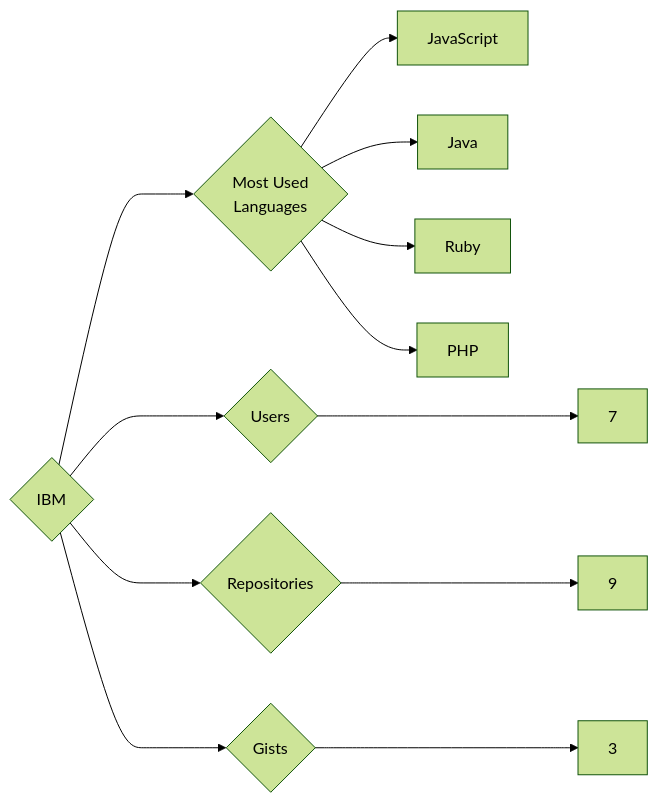
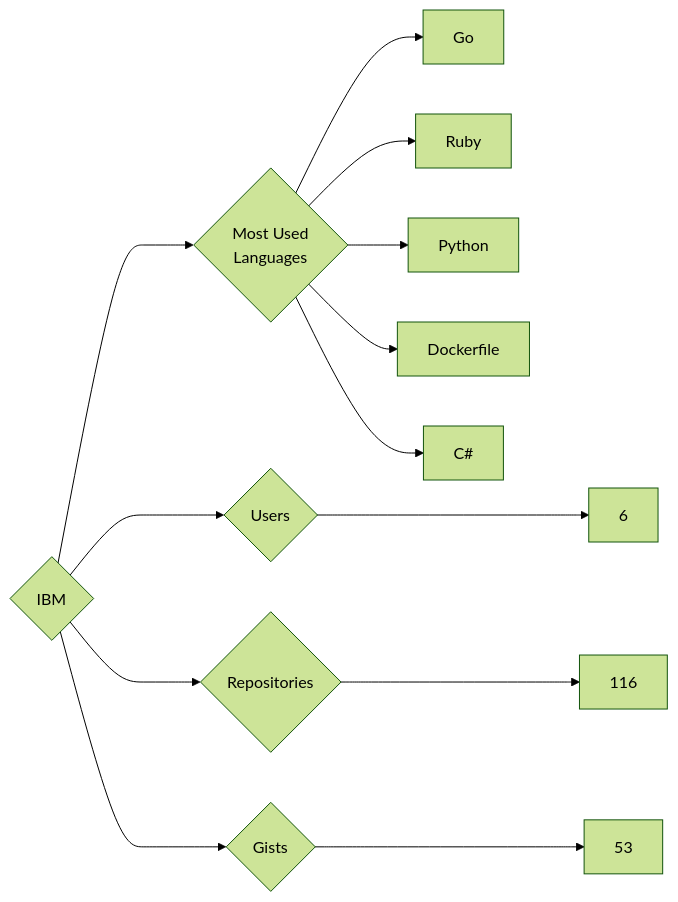
Before and after one commit to trickest/insiders: the diagram in targets/IBM/README.md, drawn with Mermaid (forest theme). The commit also changed 1166 other files, not shown here.

````diff
--- a/targets/IBM/README.md
+++ b/targets/IBM/README.md
@@ -3,12 +3,13 @@
 ```mermaid
 graph LR
 COMPANY_NAME{IBM}
-COMPANY_NAME ---> U{Users} ---> UN[7]
-COMPANY_NAME ---> R{Repositories} ---> RN[9]
-COMPANY_NAME ---> G{Gists} ---> GN[3]
+COMPANY_NAME ---> U{Users} ---> UN[6]
+COMPANY_NAME ---> R{Repositories} ---> RN[116]
+COMPANY_NAME ---> G{Gists} ---> GN[53]
 COMPANY_NAME ---> ML{Most Used<br>Languages}
-ML --> JavaScript[JavaScript]
-ML --> Java[Java]
+ML --> Go[Go]
 ML --> Ruby[Ruby]
-ML --> PHP[PHP]
+ML --> Python[Python]
+ML --> Dockerfile[Dockerfile]
+ML --> C#[C#]
 ```
````
